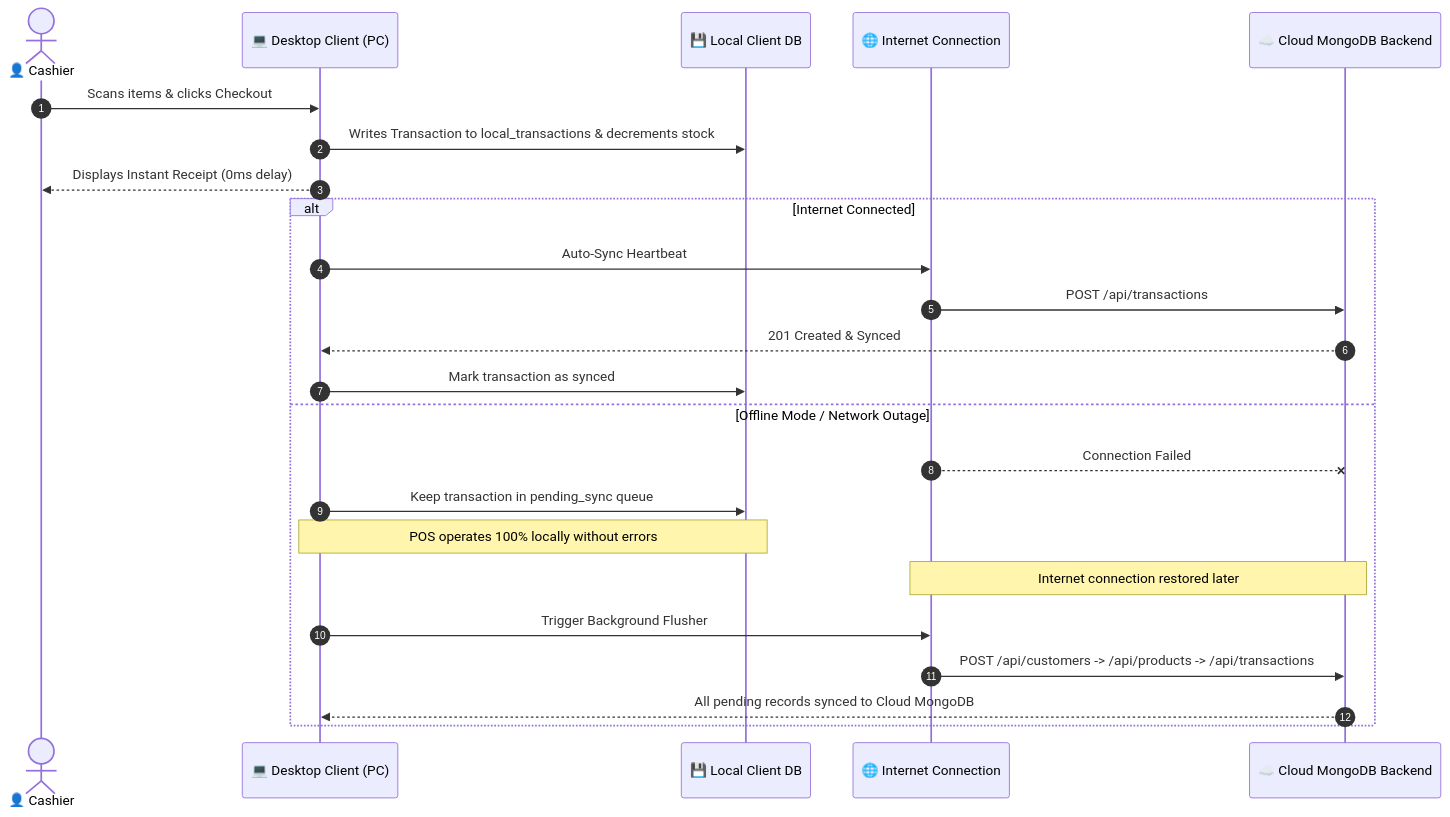
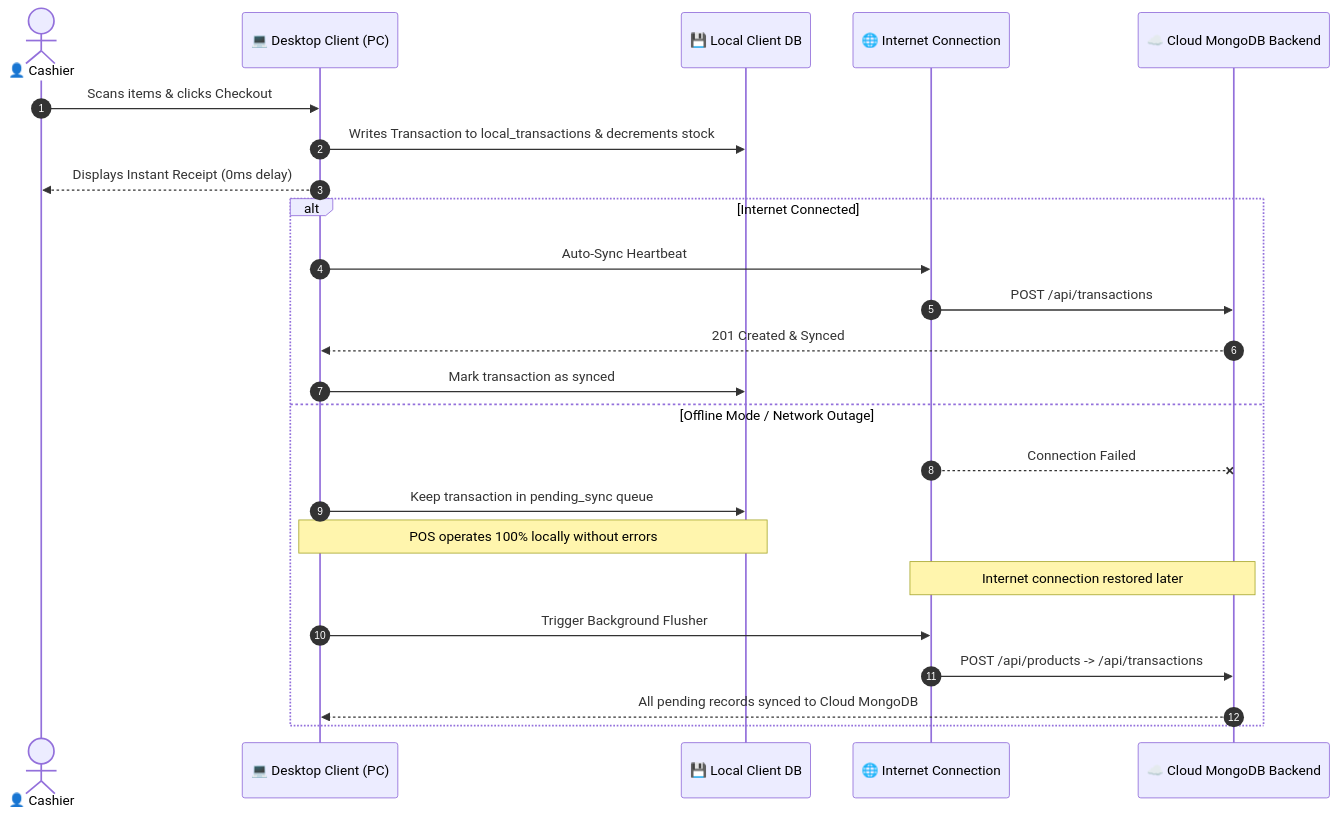
One commit to yashan223/xona-pos changed the second of 2 diagrams in ARCHITECTURE.md. Above: the diagram before and after it, drawn with Mermaid. The commit also changed other lines of this file and 2 other files, not shown here.

````diff
--- a/ARCHITECTURE.md
+++ b/ARCHITECTURE.md
@@ -54,28 +54,28 @@
 ```mermaid
 sequenceDiagram
     autonumber
     actor Cashier as 👤 Cashier
     participant Desktop as 💻 Desktop Client (PC)
     participant LocalDB as 💾 Local Client DB
     participant Network as 🌐 Internet Connection
     participant Cloud as ☁️ Cloud MongoDB Backend
 
     Cashier->>Desktop: Scans items & clicks Checkout
     Desktop->>LocalDB: Writes Transaction to local_transactions & decrements stock
     Desktop-->>Cashier: Displays Instant Receipt (0ms delay)
 
     alt Internet Connected
         Desktop->>Network: Auto-Sync Heartbeat
         Network->>Cloud: POST /api/transactions
         Cloud-->>Desktop: 201 Created & Synced
         Desktop->>LocalDB: Mark transaction as synced
     else Offline Mode / Network Outage
         Network--xCloud: Connection Failed
         Desktop->>LocalDB: Keep transaction in pending_sync queue
         Note over Desktop,LocalDB: POS operates 100% locally without errors
         Note over Network,Cloud: Internet connection restored later
         Desktop->>Network: Trigger Background Flusher
-        Network->>Cloud: POST /api/customers -> /api/products -> /api/transactions
+        Network->>Cloud: POST /api/products -> /api/transactions
         Cloud-->>Desktop: All pending records synced to Cloud MongoDB
     end
 ```
````
